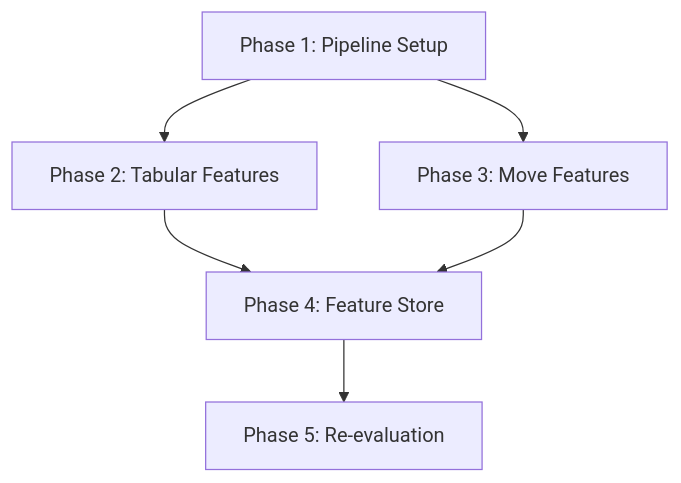
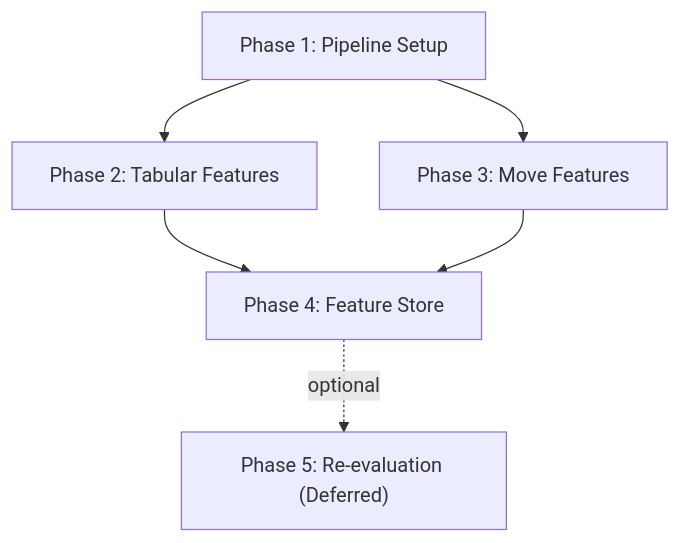
Before and after one commit to DataMining-Nhom2/MMD-G2: the diagram in docs/ai/planning/feature-engineering-elo-prediction.md, drawn with Mermaid. The commit also changed other lines of this file and 10 other files, not shown here.

````diff
--- a/docs/ai/planning/feature-engineering-elo-prediction.md
+++ b/docs/ai/planning/feature-engineering-elo-prediction.md
@@ -72,8 +72,8 @@
 ```mermaid
 graph TD
     T1["Phase 1: Pipeline Setup"] --> T2["Phase 2: Tabular Features"]
     T1 --> T3["Phase 3: Move Features"]
     T2 --> T4["Phase 4: Feature Store"]
     T3 --> T4
-    T4 --> T5["Phase 5: Re-evaluation"]
+    T4 -. optional .-> T5["Phase 5: Re-evaluation (Deferred)"]
 ```
````
